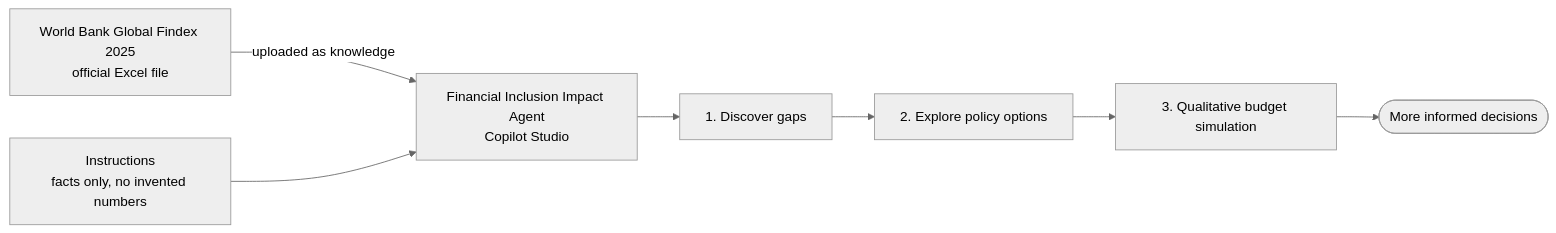
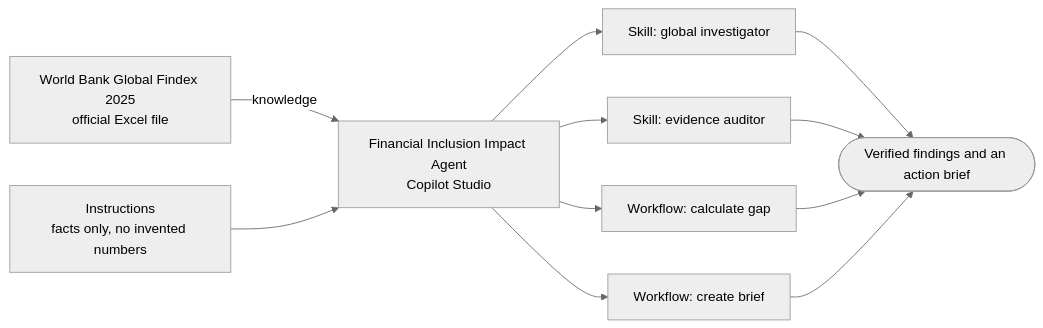
The diagram in industry/FSI/Copilot-Studio/Financial Inclusion Impact Agent/README.md (CSDSkilling/asia-learning-hub), drawn with Mermaid (neutral theme) before and after one commit. The commit also changed other lines of this file and 3 other files, not shown here.

````diff
--- a/industry/FSI/Copilot-Studio/Financial Inclusion Impact Agent/README.md
+++ b/industry/FSI/Copilot-Studio/Financial Inclusion Impact Agent/README.md
@@ -21,9 +20,13 @@
 ```mermaid
 flowchart LR
-  F[World Bank Global Findex 2025<br/>official Excel file] -->|uploaded as knowledge| A[Financial Inclusion Impact Agent<br/>Copilot Studio]
+  F[World Bank Global Findex 2025<br/>official Excel file] -->|knowledge| A[Financial Inclusion Impact Agent<br/>Copilot Studio]
   I[Instructions<br/>facts only, no invented numbers] --> A
-  A --> S1[1. Discover gaps]
-  S1 --> S2[2. Explore policy options]
-  S2 --> S3[3. Qualitative budget simulation]
-  S3 --> O([More informed decisions])
+  A --> K1[Skill: global investigator]
+  A --> K2[Skill: evidence auditor]
+  A --> W1[Workflow: calculate gap]
+  A --> W2[Workflow: create brief]
+  K1 --> O([Verified findings and an action brief])
+  K2 --> O
+  W1 --> O
+  W2 --> O
 ```
````
